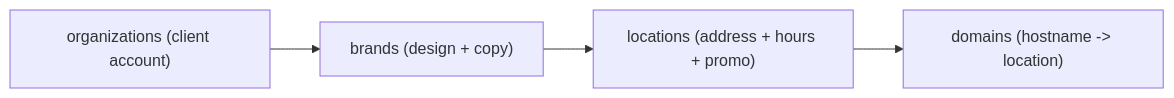
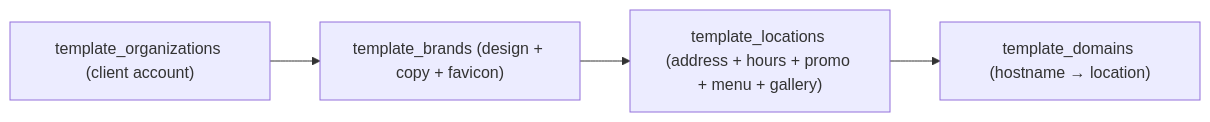
One commit to mysite-ai/website-template changed the first of 2 diagrams in .cursor/plans/mysite_restaurant_template_823aea5f.plan.md. Above: the diagram before and after it, drawn with Mermaid. The commit also changed other lines of this file and 59 other files, not shown here.

````diff
--- a/.cursor/plans/mysite_restaurant_template_823aea5f.plan.md
+++ b/.cursor/plans/mysite_restaurant_template_823aea5f.plan.md
@@ -95,10 +127,10 @@
 ```mermaid
 flowchart LR
-  Org["organizations (client account)"]
-  Brand["brands (design + copy)"]
-  Loc["locations (address + hours + promo)"]
-  Dom["domains (hostname -> location)"]
+  Org["template_organizations (client account)"]
+  Brand["template_brands (design + copy + favicon)"]
+  Loc["template_locations (address + hours + promo + menu + gallery)"]
+  Dom["template_domains (hostname → location)"]
   Org --> Brand
   Brand --> Loc
   Loc --> Dom
 ```
````
